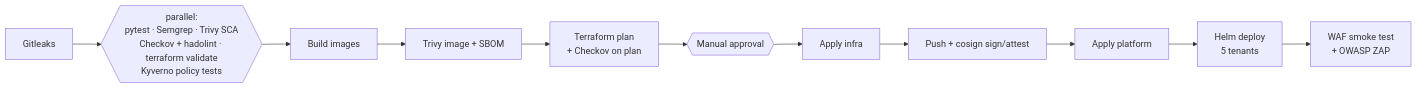
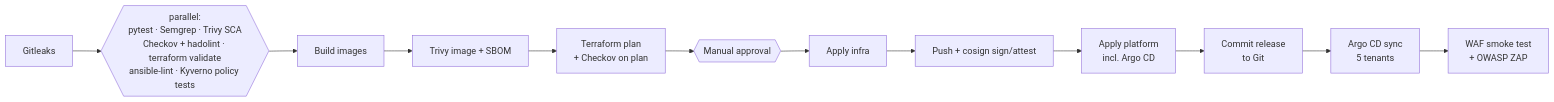
One commit to RicardoP24/IacDemo changed the second of 2 diagrams in README.md. Above: the diagram before and after it, drawn with Mermaid. The commit also changed other lines of this file, not shown here.

Commit message:
docs: GitOps delivery with Argo CD and the Ansible-managed Jenkins host

````diff
--- a/README.md
+++ b/README.md
@@ -83,8 +94,8 @@
 ```mermaid
 flowchart LR
-    A[Gitleaks] --> B{{"parallel:<br/>pytest · Semgrep · Trivy SCA<br/>Checkov + hadolint · terraform validate<br/>Kyverno policy tests"}}
+    A[Gitleaks] --> B{{"parallel:<br/>pytest · Semgrep · Trivy SCA<br/>Checkov + hadolint · terraform validate<br/>ansible-lint · Kyverno policy tests"}}
     B --> C[Build images] --> D[Trivy image + SBOM]
     D --> E[Terraform plan<br/>+ Checkov on plan] --> F{{Manual approval}}
     F --> G[Apply infra] --> H[Push + cosign sign/attest]
-    H --> I[Apply platform] --> J[Helm deploy<br/>5 tenants] --> K[WAF smoke test<br/>+ OWASP ZAP]
+    H --> I[Apply platform<br/>incl. Argo CD] --> J[Commit release<br/>to Git] --> J2[Argo CD sync<br/>5 tenants] --> K[WAF smoke test<br/>+ OWASP ZAP]
 ```
````
